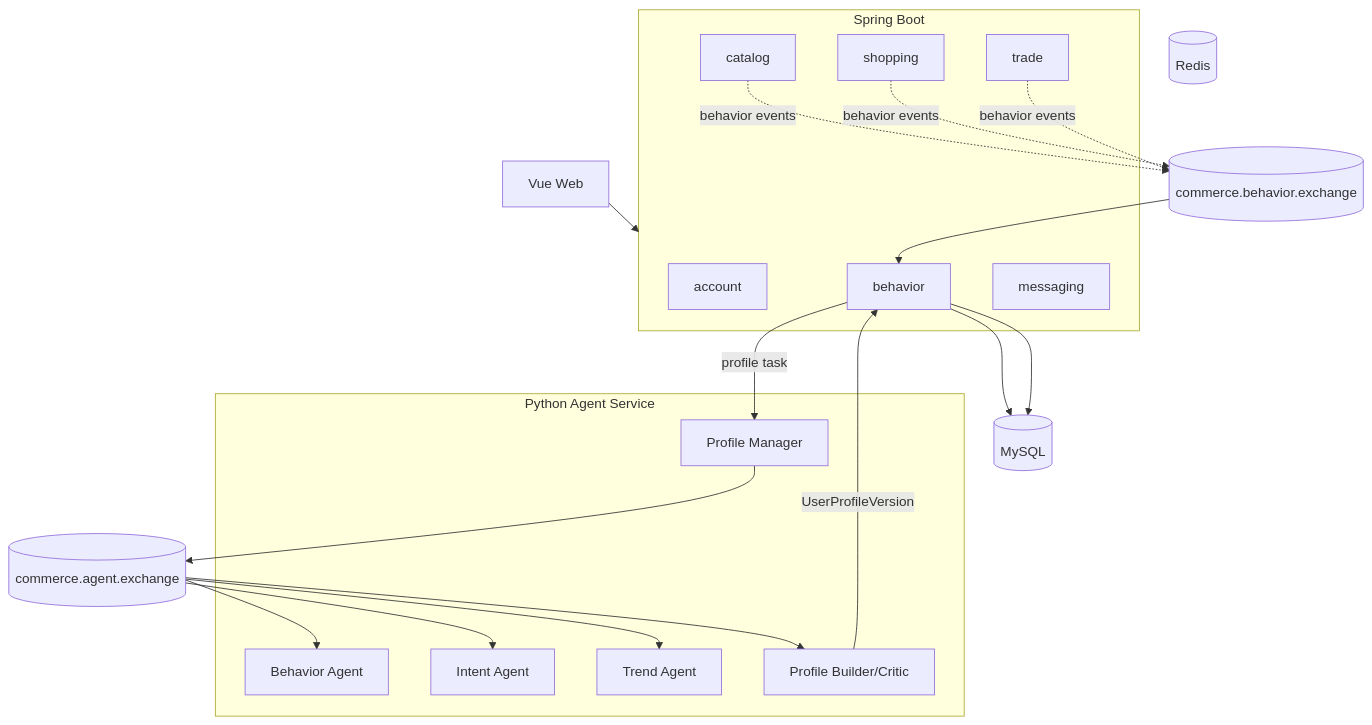
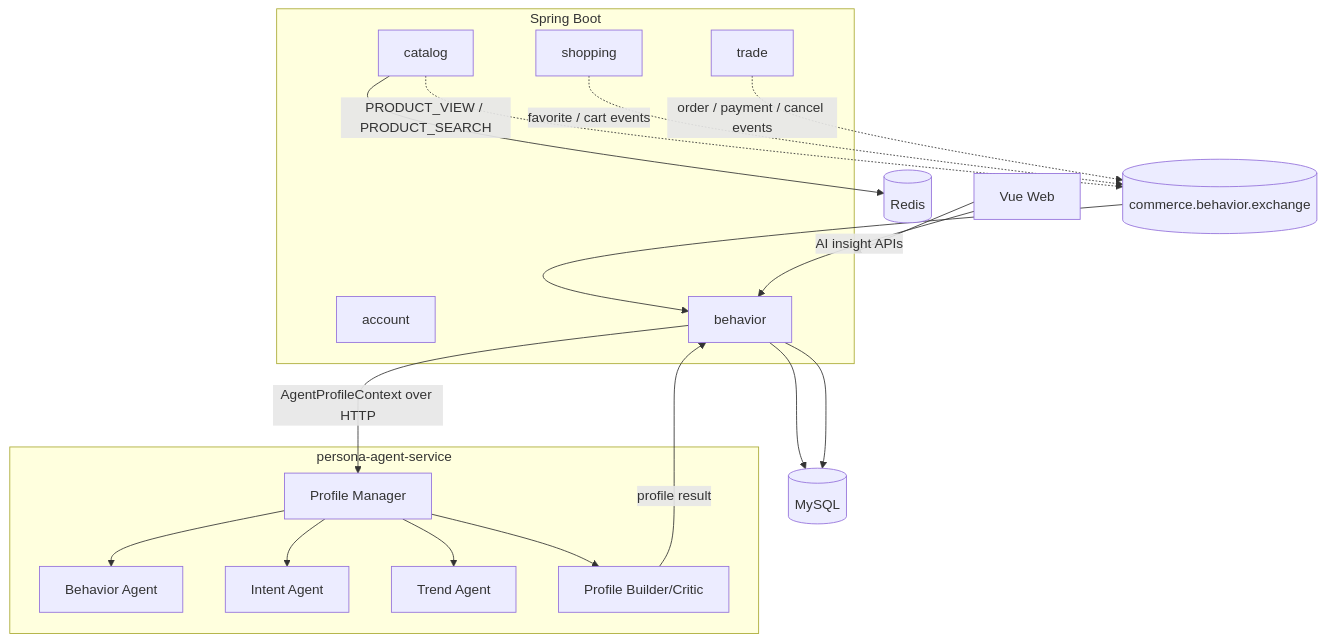
One commit to XMU-Linjer/persona-flow-commerce changed the diagram in docs/v1.1-architecture.md. Above: the diagram before and after it, drawn with Mermaid. The commit also changed other lines of this file and 7 other files, not shown here.

````diff
--- a/docs/v1.1-architecture.md
+++ b/docs/v1.1-architecture.md
@@ -40,42 +45,41 @@
 ```mermaid
 flowchart TB
-    Web[Vue Web]
+    Web["Vue Web"]
 
-    subgraph Java[Spring Boot]
-        Account[account]
-        Catalog[catalog]
-        Shopping[shopping]
-        Trade[trade]
-        Behavior[behavior]
-        Messaging[messaging]
+    subgraph Java["Spring Boot"]
+        Account["account"]
+        Catalog["catalog"]
+        Shopping["shopping"]
+        Trade["trade"]
+        Behavior["behavior"]
     end
 
-    subgraph Python[Python Agent Service]
-        Manager[Profile Manager]
-        BehaviorAgent[Behavior Agent]
-        IntentAgent[Intent Agent]
-        TrendAgent[Trend Agent]
-        Builder[Profile Builder/Critic]
+    subgraph Python["persona-agent-service"]
+        ProfileManager["Profile Manager"]
+        BehaviorAgent["Behavior Agent"]
+        IntentAgent["Intent Agent"]
+        TrendAgent["Trend Agent"]
+        Builder["Profile Builder/Critic"]
     end
 
-    MySQL[(MySQL)]
-    Redis[(Redis)]
-    BehaviorMQ[(commerce.behavior.exchange)]
-    AgentMQ[(commerce.agent.exchange)]
+    MySQL[("MySQL")]
+    Redis[("Redis")]
+    BehaviorMQ[("commerce.behavior.exchange")]
 
     Web --> Java
-    Catalog -.behavior events.-> BehaviorMQ
-    Shopping -.behavior events.-> BehaviorMQ
-    Trade -.behavior events.-> BehaviorMQ
+    Catalog -. "PRODUCT_VIEW / PRODUCT_SEARCH" .-> BehaviorMQ
+    Shopping -. "favorite / cart events" .-> BehaviorMQ
+    Trade -. "order / payment / cancel events" .-> BehaviorMQ
     BehaviorMQ --> Behavior
     Behavior --> MySQL
+    Catalog --> Redis
 
-    Behavior -->|profile task| Manager
-    Manager --> AgentMQ
-    AgentMQ --> BehaviorAgent
-    AgentMQ --> IntentAgent
-    AgentMQ --> TrendAgent
-    AgentMQ --> Builder
-    Builder -->|UserProfileVersion| Behavior
+    Behavior -->|"AgentProfileContext over HTTP"| ProfileManager
+    ProfileManager --> BehaviorAgent
+    ProfileManager --> IntentAgent
+    ProfileManager --> TrendAgent
+    ProfileManager --> Builder
+    Builder -->|"profile result"| Behavior
     Behavior --> MySQL
+    Web -->|"AI insight APIs"| Behavior
 ```
````
